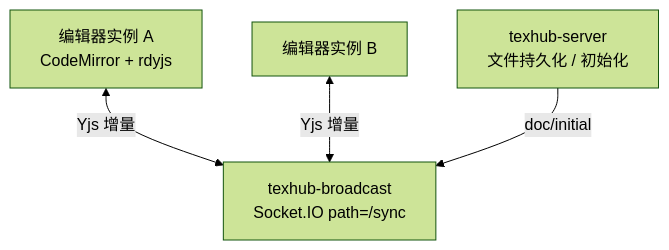
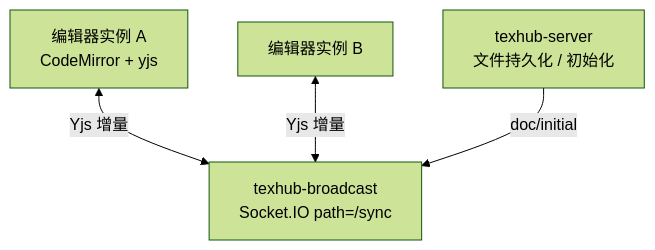
One commit to RedDwarfTech/texhub-ai changed the sixth of 8 diagrams in docs/design/architecture.md. Above: the diagram before and after it, drawn with Mermaid (forest theme). The commit also changed other lines of this file and 3 other files, not shown here.

````diff
--- a/docs/design/architecture.md
+++ b/docs/design/architecture.md
@@ -185,11 +185,11 @@
 ```mermaid
 flowchart TB
-  E1["编辑器实例 A<br/>CodeMirror + rdyjs"]
+  E1["编辑器实例 A<br/>CodeMirror + yjs"]
   E2["编辑器实例 B"]
   BC["texhub-broadcast<br/>Socket.IO path=/sync"]
   S["texhub-server<br/>文件持久化 / 初始化"]
 
   E1 <-->|"Yjs 增量"| BC
   E2 <-->|"Yjs 增量"| BC
   S -->|"doc/initial"| BC
 ```
````
